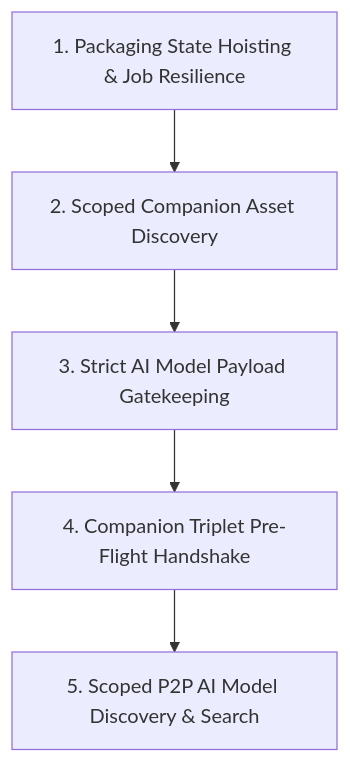
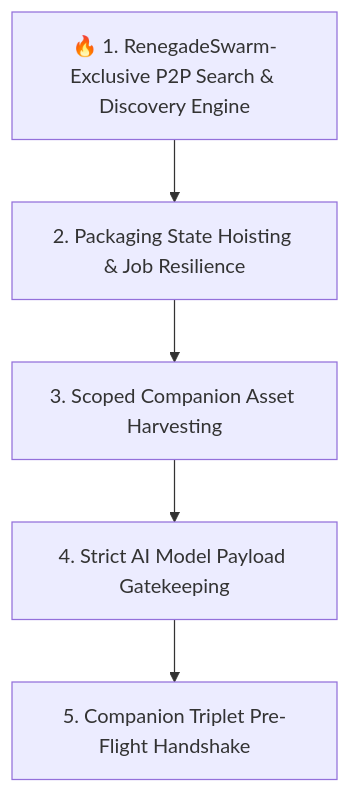
The diagram in ROADMAP.md (DevNullInc/RenegadeSwarm), drawn with Mermaid before and after one commit. The commit also changed other lines of this file and 1 other file, not shown here.

Commit message:
🗺️ docs(roadmap): prioritize RenegadeSwarm-exclusive P2P model search & discovery

````diff
--- a/ROADMAP.md
+++ b/ROADMAP.md
@@ -18,7 +19,7 @@
 ```mermaid
 flowchart TD
-    M1[1. Packaging State Hoisting & Job Resilience] --> M2[2. Scoped Companion Asset Discovery]
-    M2 --> M3[3. Strict AI Model Payload Gatekeeping]
-    M3 --> M4[4. Companion Triplet Pre-Flight Handshake]
-    M4 --> M5[5. Scoped P2P AI Model Discovery & Search]
+    M1[🔥 1. RenegadeSwarm-Exclusive P2P Search & Discovery Engine] --> M2[2. Packaging State Hoisting & Job Resilience]
+    M2 --> M3[3. Scoped Companion Asset Harvesting]
+    M3 --> M4[4. Strict AI Model Payload Gatekeeping]
+    M4 --> M5[5. Companion Triplet Pre-Flight Handshake]
 ```
````
